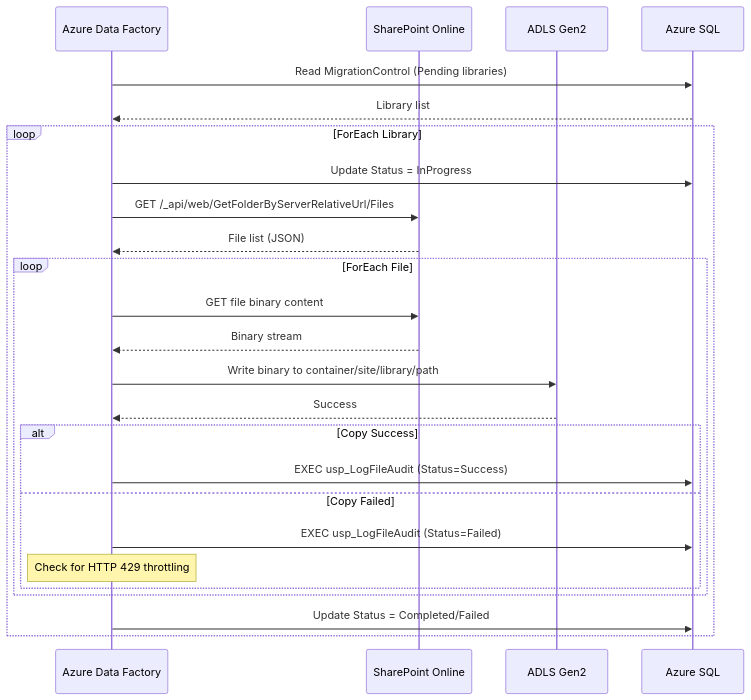
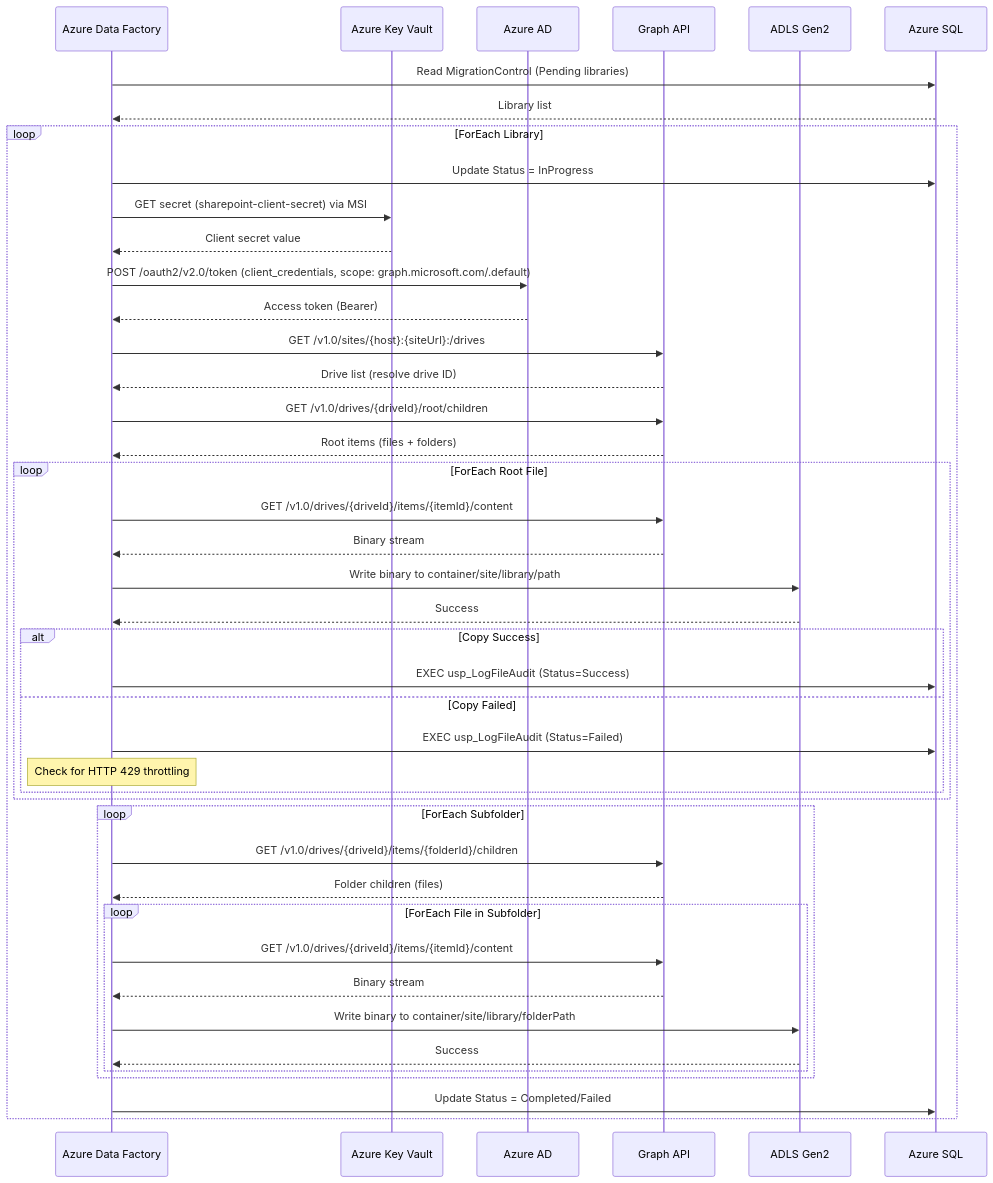
One commit to anurag251294/desktop-tutorial changed the first of 4 diagrams in hydro-one-sharepoint-migration-poc/docs/pipeline-documentation.md. Above: the diagram before and after it, drawn with Mermaid. The commit also changed other lines of this file and 2 other files, not shown here.

````diff
--- a/hydro-one-sharepoint-migration-poc/docs/pipeline-documentation.md
+++ b/hydro-one-sharepoint-migration-poc/docs/pipeline-documentation.md
@@ -770,32 +912,51 @@
 ```mermaid
 sequenceDiagram
     participant ADF as Azure Data Factory
-    participant SPO as SharePoint Online
+    participant KV as Azure Key Vault
+    participant AAD as Azure AD
+    participant Graph as Graph API
     participant ADLS as ADLS Gen2
     participant SQL as Azure SQL
 
     ADF->>SQL: Read MigrationControl (Pending libraries)
     SQL-->>ADF: Library list
 
     loop ForEach Library
         ADF->>SQL: Update Status = InProgress
-        ADF->>SPO: GET /_api/web/GetFolderByServerRelativeUrl/Files
-        SPO-->>ADF: File list (JSON)
+        ADF->>KV: GET secret (sharepoint-client-secret) via MSI
+        KV-->>ADF: Client secret value
+        ADF->>AAD: POST /oauth2/v2.0/token (client_credentials, scope: graph.microsoft.com/.default)
+        AAD-->>ADF: Access token (Bearer)
+        ADF->>Graph: GET /v1.0/sites/{host}:{siteUrl}:/drives
+        Graph-->>ADF: Drive list (resolve drive ID)
+        ADF->>Graph: GET /v1.0/drives/{driveId}/root/children
+        Graph-->>ADF: Root items (files + folders)
 
-        loop ForEach File
-            ADF->>SPO: GET file binary content
-            SPO-->>ADF: Binary stream
+        loop ForEach Root File
+            ADF->>Graph: GET /v1.0/drives/{driveId}/items/{itemId}/content
+            Graph-->>ADF: Binary stream
             ADF->>ADLS: Write binary to container/site/library/path
             ADLS-->>ADF: Success
 
             alt Copy Success
                 ADF->>SQL: EXEC usp_LogFileAudit (Status=Success)
             else Copy Failed
                 ADF->>SQL: EXEC usp_LogFileAudit (Status=Failed)
                 Note over ADF: Check for HTTP 429 throttling
             end
         end
 
+        loop ForEach Subfolder
+            ADF->>Graph: GET /v1.0/drives/{driveId}/items/{folderId}/children
+            Graph-->>ADF: Folder children (files)
+            loop ForEach File in Subfolder
+                ADF->>Graph: GET /v1.0/drives/{driveId}/items/{itemId}/content
+                Graph-->>ADF: Binary stream
+                ADF->>ADLS: Write binary to container/site/library/folderPath
+                ADLS-->>ADF: Success
+            end
+        end
+
         ADF->>SQL: Update Status = Completed/Failed
     end
 ```
````
